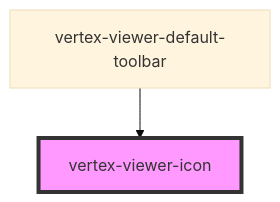
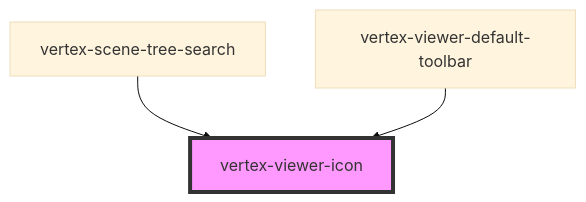
Before and after one commit to Vertexvis/vertex-web-sdk: the diagram in packages/viewer/src/components/viewer-icon/readme.md, drawn with Mermaid (base theme). The commit also changed other lines of this file and 15 other files, not shown here.

Commit message:
Add component to filter scene tree

````diff
--- a/packages/viewer/src/components/viewer-icon/readme.md
+++ b/packages/viewer/src/components/viewer-icon/readme.md
@@ -62,5 +63,6 @@
 ```mermaid
 graph TD;
+  vertex-scene-tree-search --> vertex-viewer-icon
   vertex-viewer-default-toolbar --> vertex-viewer-icon
   style vertex-viewer-icon fill:#f9f,stroke:#333,stroke-width:4px
 ```
````
